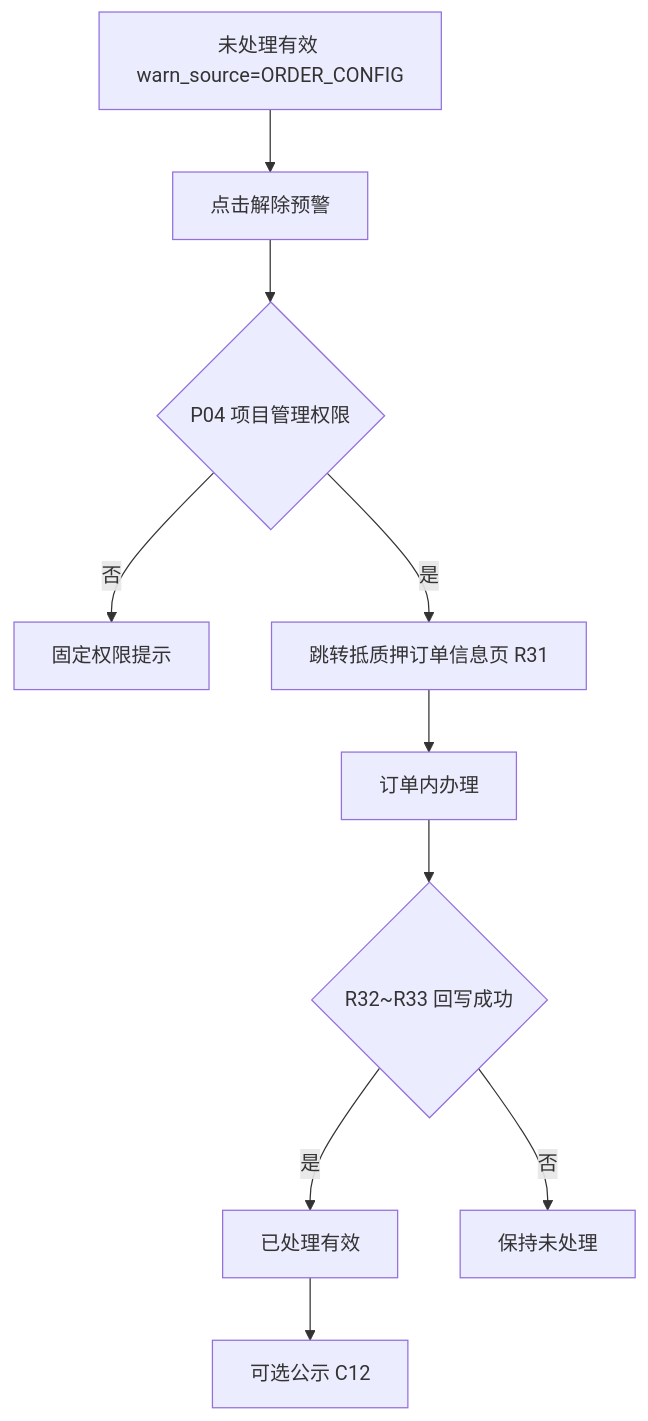
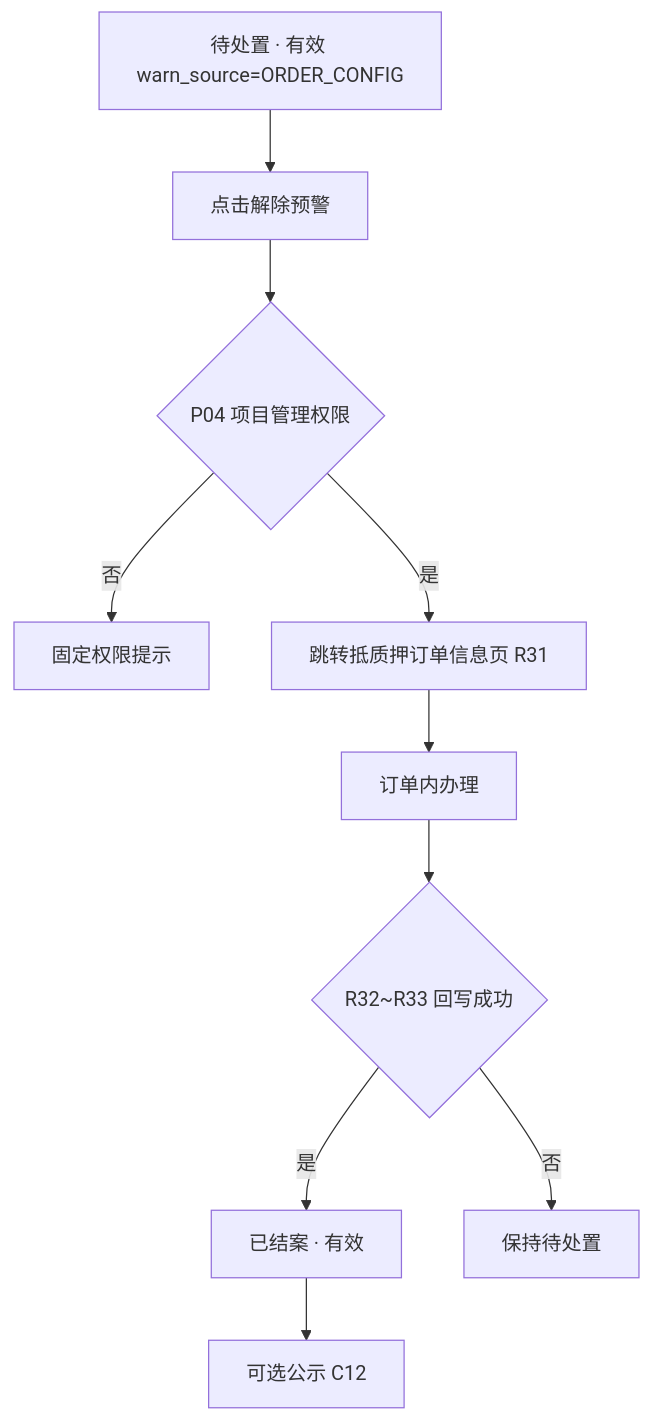
Before and after one commit to RobertHuang999/SYZC: the sixth of 7 diagrams in 02-PRD文档/B-迭代需求/6.2版本（2026.08）/02-预警信息/02押品预警信息/押品预警信息业务规则规格.md, drawn with Mermaid. The commit also changed other lines of this file and 76 other files, not shown here.

````diff
--- a/02-PRD文档/B-迭代需求/6.2版本（2026.08）/02-预警信息/02押品预警信息/押品预警信息业务规则规格.md
+++ b/02-PRD文档/B-迭代需求/6.2版本（2026.08）/02-预警信息/02押品预警信息/押品预警信息业务规则规格.md
@@ -396,12 +396,12 @@
 ```mermaid
 flowchart TD
-    A[未处理有效 warn_source=ORDER_CONFIG] --> B[点击解除预警]
+    A[待处置 · 有效 warn_source=ORDER_CONFIG] --> B[点击解除预警]
     B --> C{P04 项目管理权限}
     C -- 否 --> C1[固定权限提示]
     C -- 是 --> D[跳转抵质押订单信息页 R31]
     D --> E[订单内办理]
     E --> F{R32~R33 回写成功}
-    F -- 是 --> G[已处理有效]
-    F -- 否 --> F1[保持未处理]
+    F -- 是 --> G[已结案 · 有效]
+    F -- 否 --> F1[保持待处置]
     G --> H[可选公示 C12]
 ```
````
